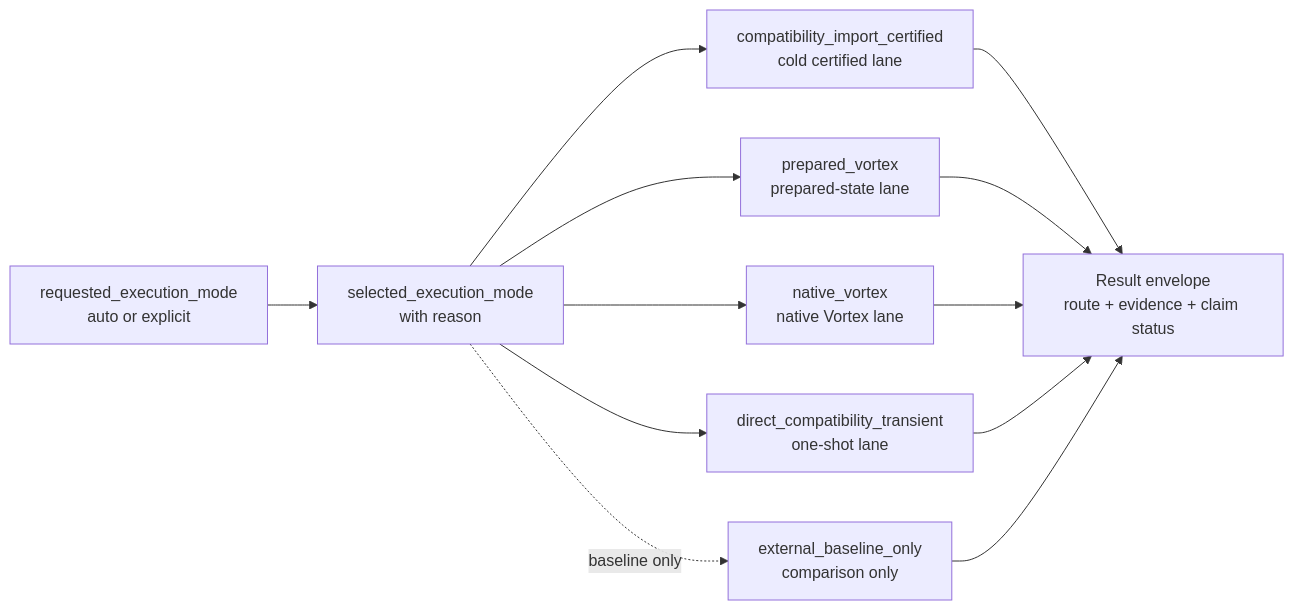
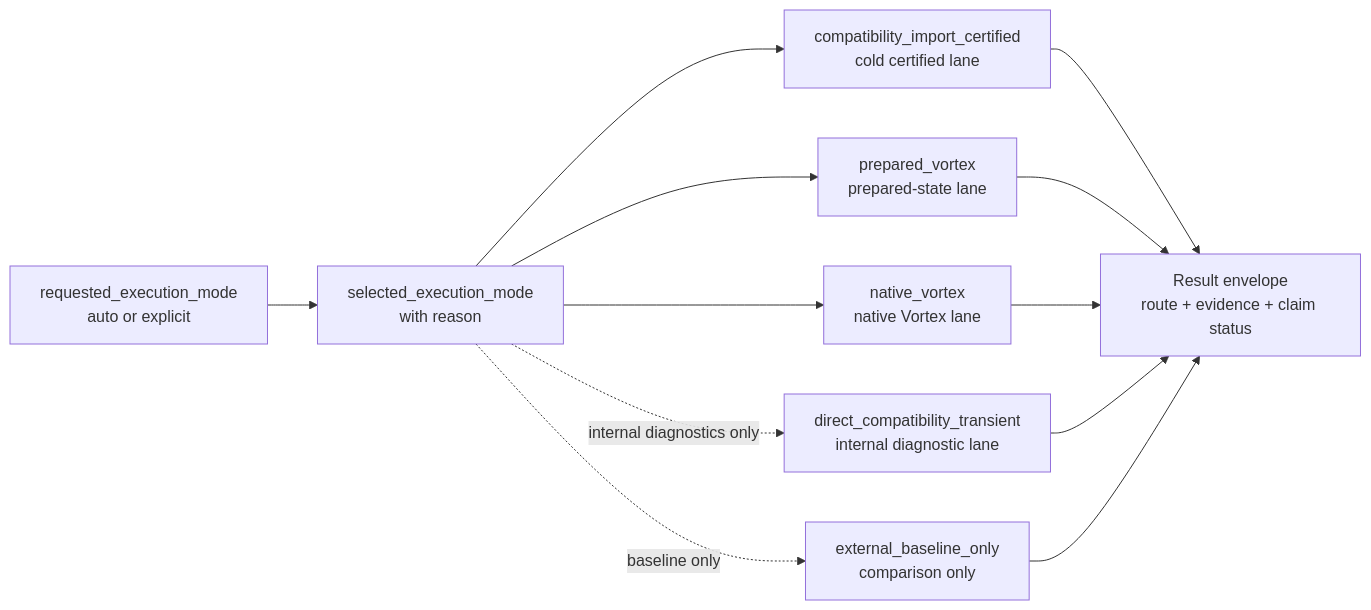
One commit to depsilon/shardloom changed the fourth of 8 diagrams in website-public/assets/data/compute-engine-flow-reference.md. Above: the diagram before and after it, drawn with Mermaid. The commit also changed other lines of this file and 151 other files, not shown here.

````diff
--- a/website-public/assets/data/compute-engine-flow-reference.md
+++ b/website-public/assets/data/compute-engine-flow-reference.md
@@ -482,18 +482,18 @@
 ```mermaid
 flowchart LR
     REQUEST["requested_execution_mode<br/>auto or explicit"]
     SELECT["selected_execution_mode<br/>with reason"]
     COMPAT["compatibility_import_certified<br/>cold certified lane"]
     PREPARED["prepared_vortex<br/>prepared-state lane"]
     NATIVE["native_vortex<br/>native Vortex lane"]
-    DIRECT["direct_compatibility_transient<br/>one-shot lane"]
+    DIRECT["direct_compatibility_transient<br/>internal diagnostic lane"]
     BASELINE["external_baseline_only<br/>comparison only"]
     RESULT["Result envelope<br/>route + evidence + claim status"]
 
     REQUEST --> SELECT
     SELECT --> COMPAT --> RESULT
     SELECT --> PREPARED --> RESULT
     SELECT --> NATIVE --> RESULT
-    SELECT --> DIRECT --> RESULT
+    SELECT -. internal diagnostics only .-> DIRECT --> RESULT
     SELECT -. baseline only .-> BASELINE --> RESULT
 ```
````
